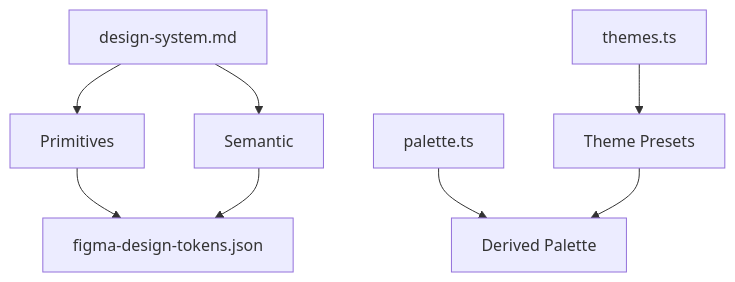
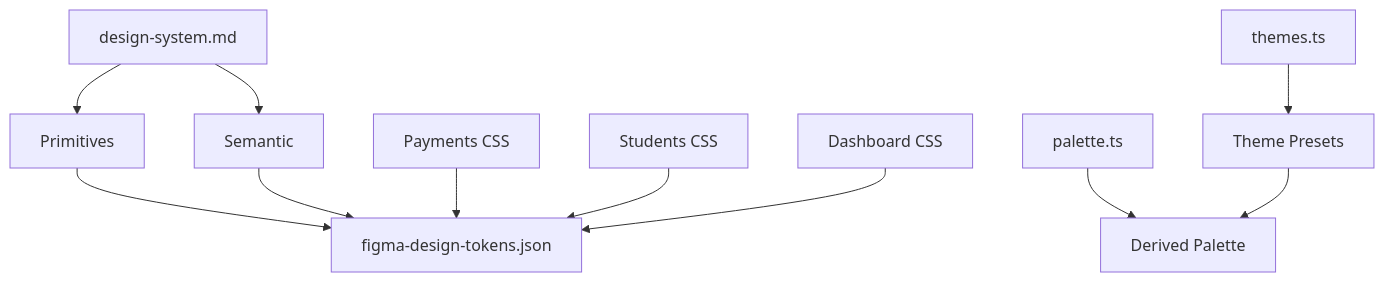
Diagram 12 of 12 in .qoder/repowiki/en/content/UI Components/UI Components.md (mustafaalkusaj/appschoolmustafa2002), drawn with Mermaid before and after one commit. The commit also changed other lines of this file and 85 other files, not shown here.

````diff
--- a/.qoder/repowiki/en/content/UI Components/UI Components.md
+++ b/.qoder/repowiki/en/content/UI Components/UI Components.md
@@ -556,10 +820,13 @@
 ```mermaid
 graph TB
 DS["design-system.md"] --> PR["Primitives"]
 DS --> SE["Semantic"]
 PR --> TK["figma-design-tokens.json"]
 SE --> TK
 TH["themes.ts"] --> PRE["Theme Presets"]
 PL["palette.ts"] --> DER["Derived Palette"]
 PRE --> DER
+PC["Payments CSS"] --> TK
+SC["Students CSS"] --> TK
+DC["Dashboard CSS"] --> TK
 ```
````
